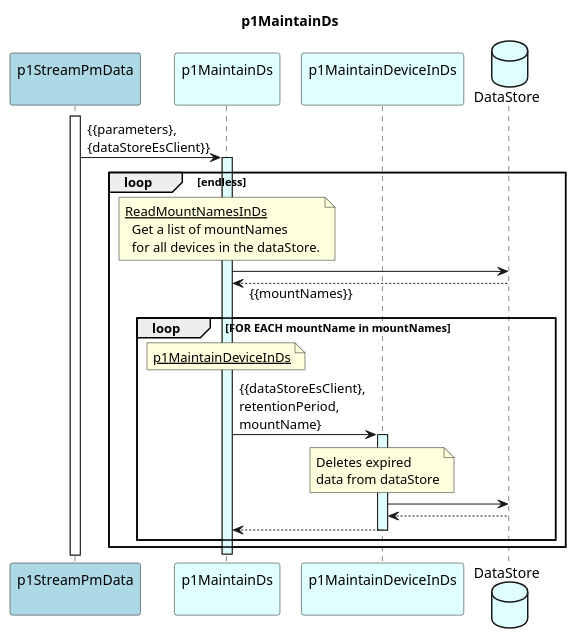
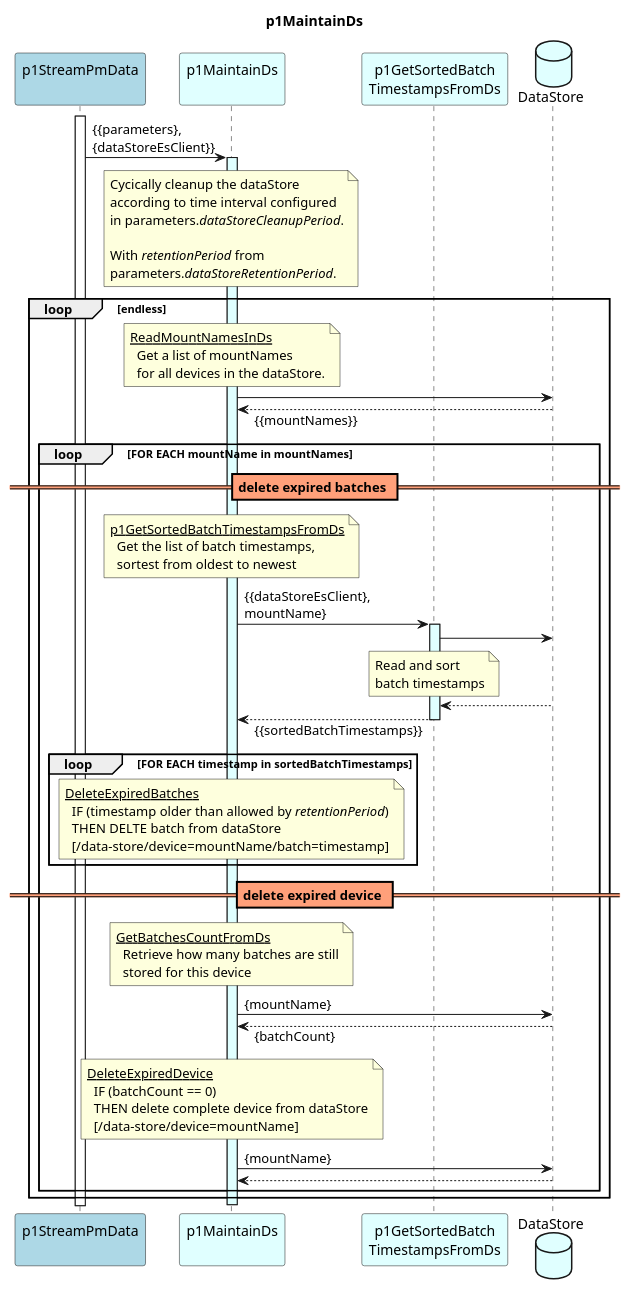
The diagram in spec/Functions/p1StreamPmData/p1MaintainDs/1.0.0/p1MaintainDs.plantuml (openBackhaul/DevicePerformanceManagementDataProcessor), drawn with PlantUML before and after one commit. The commit also changed 12 other files, not shown here.

Commit message:
correct wrong schemas in p1GetSortedBatchTimestampsFromDs

```diff
--- a/spec/Functions/p1StreamPmData/p1MaintainDs/1.0.0/p1MaintainDs.plantuml
+++ b/spec/Functions/p1StreamPmData/p1MaintainDs/1.0.0/p1MaintainDs.plantuml
@@ -1,53 +1,92 @@
 @startuml p1MaintainDs
 skinparam responseMessageBelowArrow true
 skinparam SequenceDividerBackgroundColor #LightSalmon
 
 title
   p1MaintainDs
 end title
 
 participant "p1StreamPmData\n" as requestor #LightBlue
 participant "p1MaintainDs\n" as cur #LightCyan
-participant "p1MaintainDeviceInDs\n" as dev #LightCyan
+participant "p1GetSortedBatch\nTimestampsFromDs" as ts #LightCyan
 database "DataStore" as ds #LightCyan
 
 
 activate requestor
 
 requestor -> cur : {{parameters},\n{dataStoreEsClient}}
-activate cur #LightCyan
+
+  note over cur
+    Cycically cleanup the dataStore
+    according to time interval configured
+    in parameters.<i>dataStoreCleanupPeriod</i>.
+
+    With <i>retentionPeriod</i> from
+    parameters.<i>dataStoreRetentionPeriod</i>.
+  end note
 
 loop endless
+activate cur #LightCyan
 
   note over cur
     <u>ReadMountNamesInDs</u>
       Get a list of mountNames
       for all devices in the dataStore.
   end note
   cur -> ds
   cur <-- ds: {{mountNames}}
 
   'iterate over each device
   loop FOR EACH mountName in mountNames
+    == delete expired batches ==
     note over cur
-      <u>p1MaintainDeviceInDs</u>
+      <u>p1GetSortedBatchTimestampsFromDs</u>
+        Get the list of batch timestamps,
+        sortest from oldest to newest
     end note
+    cur -> ts: {{dataStoreEsClient},\nmountName}
+    activate ts #LightCyan
+      ts -> ds
+      note over ts
+        Read and sort
+        batch timestamps
+      end note
+      ts <-- ds
+    cur <-- ts: {{sortedBatchTimestamps}}
+    deactivate ts
 
-    cur -> dev: {{dataStoreEsClient},\nretentionPeriod,\nmountName}
-    activate dev #LightCyan
-      note over dev
-        Deletes expired
-        data from dataStore
+    loop FOR EACH timestamp in sortedBatchTimestamps
+      note over cur
+        <u>DeleteExpiredBatches</u>
+          IF (timestamp older than allowed by <i>retentionPeriod</i>)
+          THEN DELTE batch from dataStore
+          [/data-store/device=mountName/batch=timestamp]
       end note
-      dev -> ds
-      dev <-- ds
-    cur <-- dev
-    deactivate dev
+    end loop
+
+    == delete expired device ==
+    note over cur
+      <u>GetBatchesCountFromDs</u>
+        Retrieve how many batches are still
+        stored for this device
+    end note
+    cur -> ds: {mountName}
+    cur <-- ds: {batchCount}
+
+    note over cur
+      <u>DeleteExpiredDevice</u>
+        IF (batchCount == 0)
+        THEN delete complete device from dataStore
+        [/data-store/device=mountName]
+    end note
+    cur -> ds: {mountName}
+    cur <-- ds
+
   end loop
 
 end loop
 
 deactivate cur
 
 
 @enduml
```
